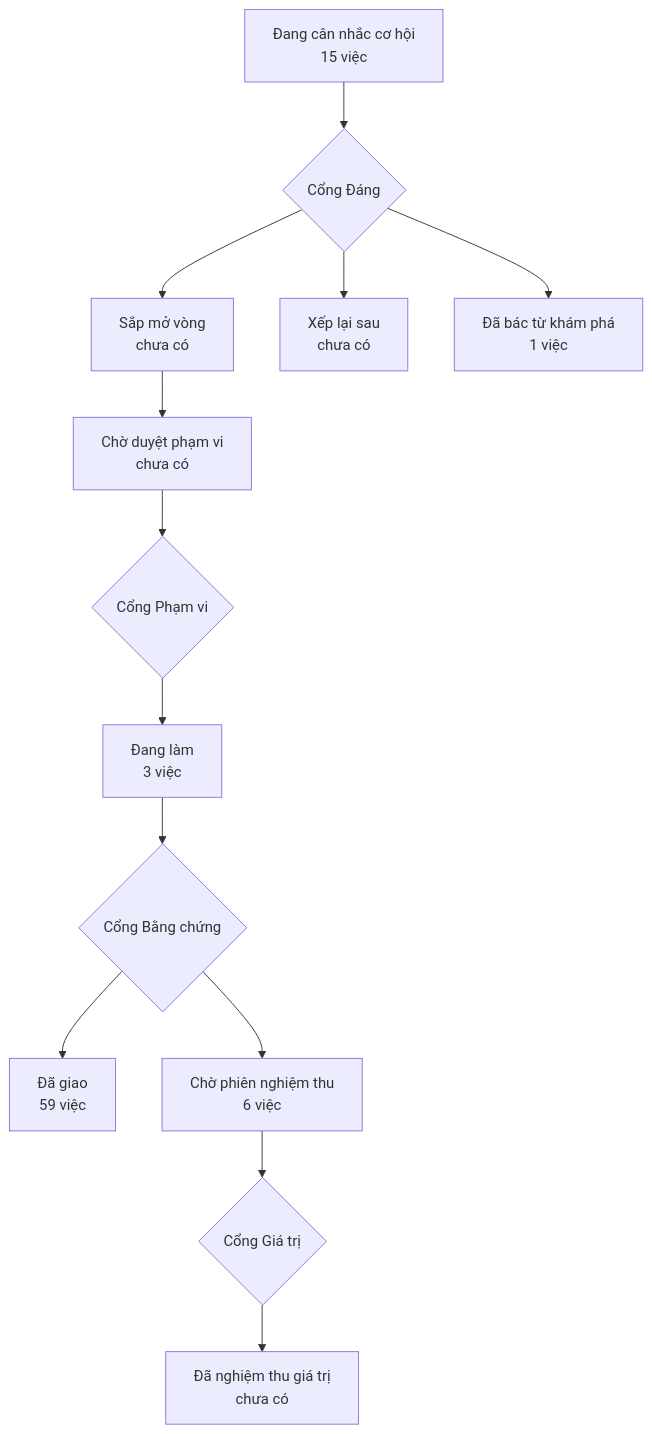
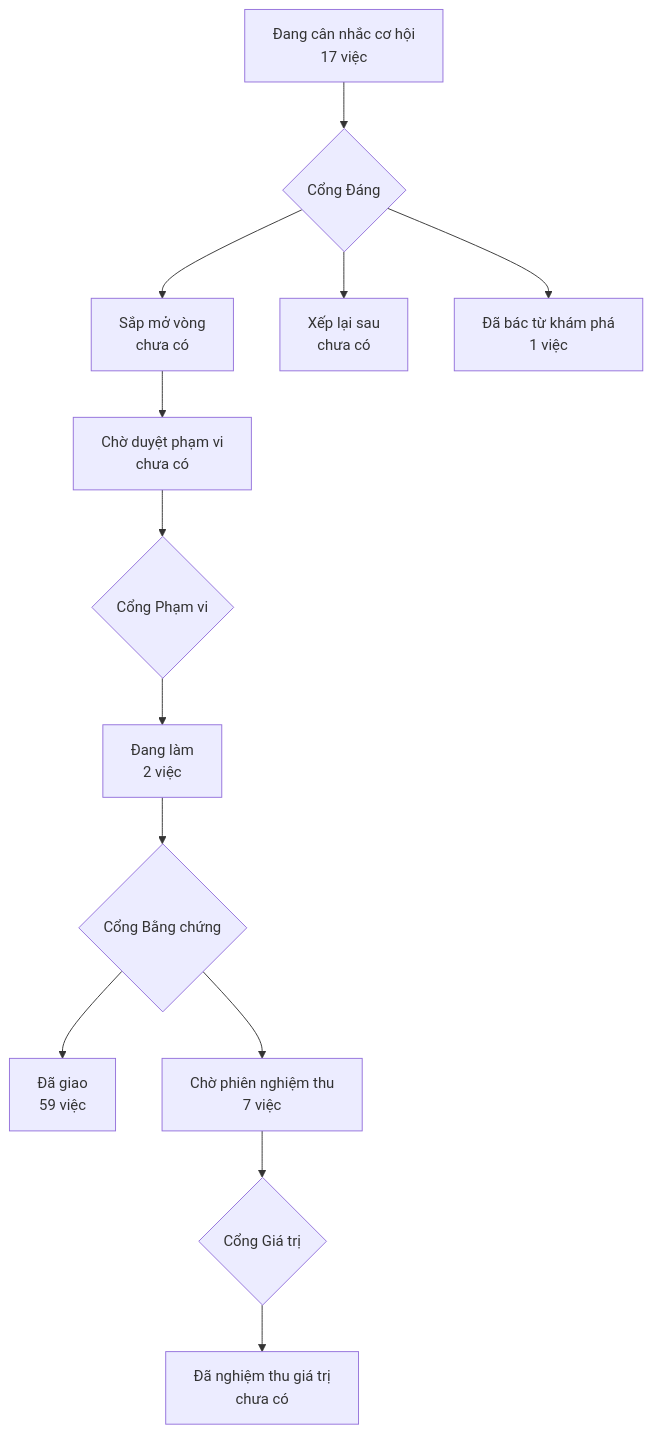
One commit to phanlemanh/acceptance-gate-kit changed the diagram in PRODUCT-MAP.md. Above: the diagram before and after it, drawn with Mermaid. The commit also changed other lines of this file and 5 other files, not shown here.

````diff
--- a/PRODUCT-MAP.md
+++ b/PRODUCT-MAP.md
@@ -6,12 +6,12 @@
 ```mermaid
 flowchart TD
-  A["Đang cân nhắc cơ hội<br/>15 việc"] --> GD{"Cổng Đáng"}
+  A["Đang cân nhắc cơ hội<br/>17 việc"] --> GD{"Cổng Đáng"}
   GD --> B["Sắp mở vòng<br/>chưa có"]
   GD --> XL["Xếp lại sau<br/>chưa có"]
   GD --> DB["Đã bác từ khám phá<br/>1 việc"]
   B --> CD["Chờ duyệt phạm vi<br/>chưa có"] --> GP{"Cổng Phạm vi"}
-  GP --> DL["Đang làm<br/>3 việc"] --> GB{"Cổng Bằng chứng"}
+  GP --> DL["Đang làm<br/>2 việc"] --> GB{"Cổng Bằng chứng"}
   GB --> DG["Đã giao<br/>59 việc"]
-  GB --> CN["Chờ phiên nghiệm thu<br/>6 việc"] --> GG{"Cổng Giá trị"}
+  GB --> CN["Chờ phiên nghiệm thu<br/>7 việc"] --> GG{"Cổng Giá trị"}
   GG --> NT["Đã nghiệm thu giá trị<br/>chưa có"]
 ```
````
